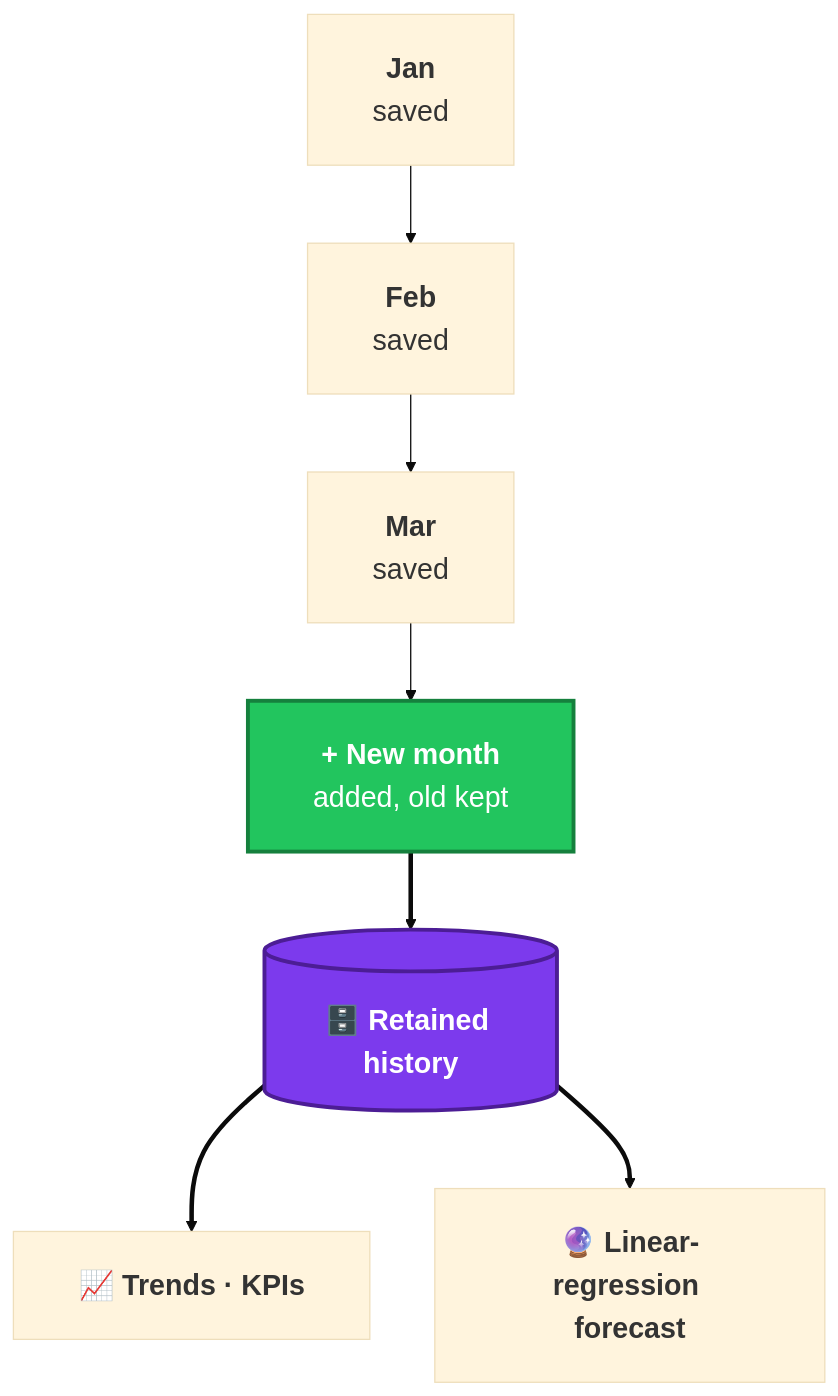
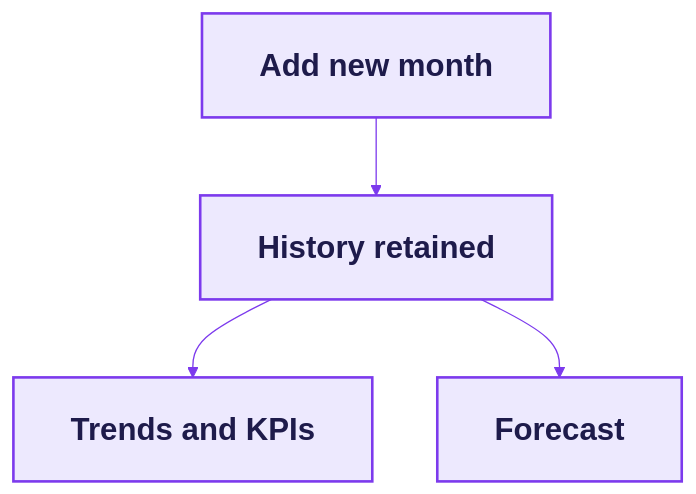
Before and after one commit to Mansi232323/MANSHORA: the sixth of 13 diagrams in README.md, drawn with Mermaid. The commit also changed other lines of this file, not shown here.

````diff
--- a/README.md
+++ b/README.md
@@ -285,10 +230,9 @@
 ```mermaid
-%%{init: {'theme':'base','themeVariables':{'fontSize':'22px'},'flowchart':{'nodeSpacing':50,'rankSpacing':60,'padding':25,'htmlLabels':true}}}%%
+%%{init: {'theme':'base','themeVariables':{'fontSize':'24px','lineColor':'#7c3aed'},'flowchart':{'nodeSpacing':50,'rankSpacing':60,'padding':22,'htmlLabels':true}}}%%
 flowchart TB
-    M1["<b>Jan</b><br/>saved"] --> M2["<b>Feb</b><br/>saved"] --> M3["<b>Mar</b><br/>saved"] --> M4["<b>+ New month</b><br/>added, old kept"]
-    M4 ==> H[("<b>🗄️ Retained history</b>")]
-    H ==> T["<b>📈 Trends · KPIs</b>"]
-    H ==> F["<b>🔮 Linear-regression forecast</b>"]
-    style M4 fill:#22c55e,color:#fff,stroke:#15803d,stroke-width:3px
-    style H fill:#7c3aed,color:#fff,stroke:#4c1d95,stroke-width:3px
+    M["<b>Add new month</b>"] --> H["<b>History retained</b>"]
+    H --> T["<b>Trends and KPIs</b>"]
+    H --> F["<b>Forecast</b>"]
+    classDef a fill:#ede9fe,stroke:#7c3aed,stroke-width:2px,color:#1e1b4b
+    class M,H,T,F a
 ```
````
